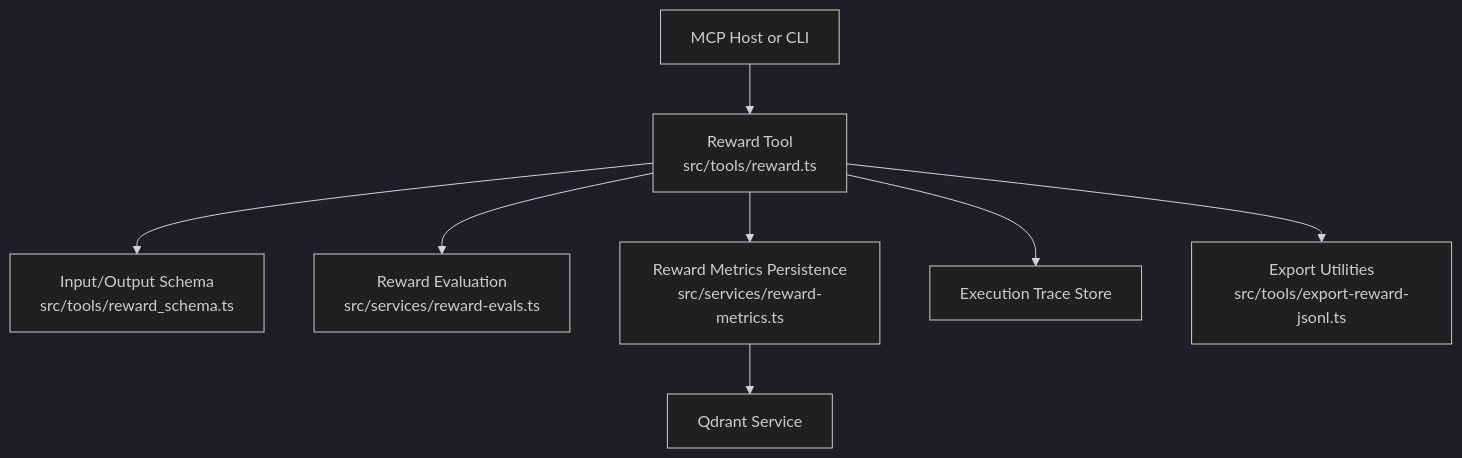
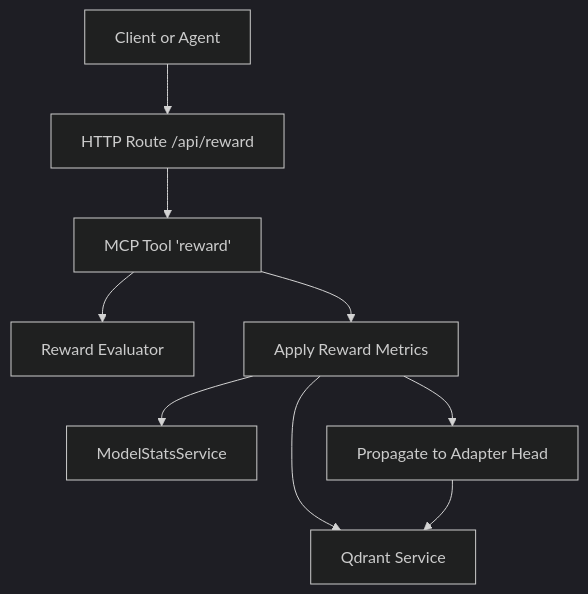
Before and after one commit to SquadRules/mcp: the first of 7 diagrams in .qoder/repowiki/en/content/MCP Tools Reference/Reward Tool.md, drawn with Mermaid (dark theme). The commit also changed other lines of this file and 553 other files, not shown here.

````diff
--- a/.qoder/repowiki/en/content/MCP Tools Reference/Reward Tool.md
+++ b/.qoder/repowiki/en/content/MCP Tools Reference/Reward Tool.md
@@ -36,10 +39,11 @@
 ```mermaid
 graph TB
-Client["MCP Host or CLI"] --> Tool["Reward Tool<br/>src/tools/reward.ts"]
-Tool --> Schema["Input/Output Schema<br/>src/tools/reward_schema.ts"]
-Tool --> Eval["Reward Evaluation<br/>src/services/reward-evals.ts"]
-Tool --> Metrics["Reward Metrics Persistence<br/>src/services/reward-metrics.ts"]
-Tool --> Trace["Execution Trace Store"]
+Client["Client or Agent"] --> HTTP["HTTP Route /api/reward"]
+HTTP --> Tool["MCP Tool 'reward'"]
+Tool --> Eval["Reward Evaluator"]
+Tool --> Metrics["Apply Reward Metrics"]
 Metrics --> Qdrant["Qdrant Service"]
-Tool --> Export["Export Utilities<br/>src/tools/export-reward-jsonl.ts"]
+Metrics --> Stats["ModelStatsService"]
+Metrics --> Propagate["Propagate to Adapter Head"]
+Propagate --> Qdrant
 ```
````
